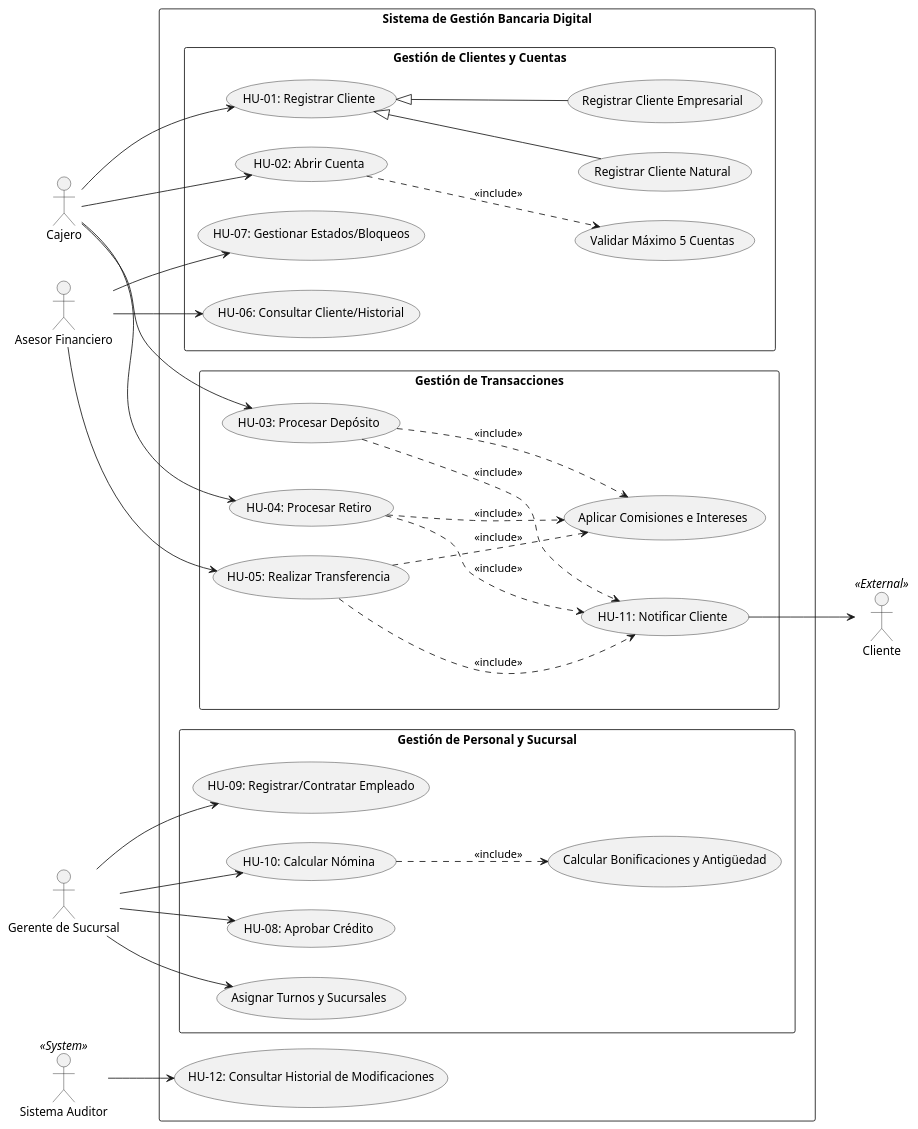
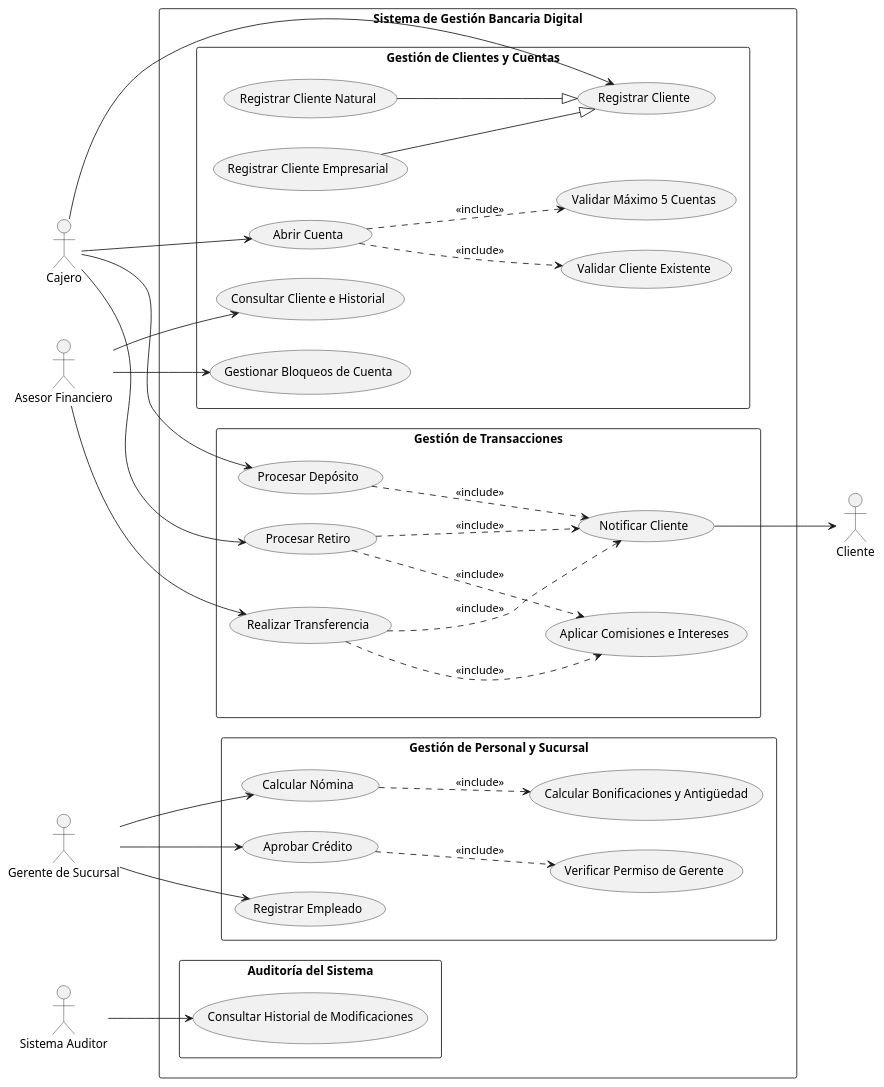
One commit to EmmanuelAlmario/TallerProgramacion changed the diagram in Diagrama-uc.puml. Above: the diagram before and after it, drawn with PlantUML.

Commit message:
Diagrama de casos de uso corregido y eliminado cosas innecesarias.

```diff
--- a/Diagrama-uc.puml
+++ b/Diagrama-uc.puml
@@ -1,74 +1,78 @@
 @startuml
 left to right direction
 skinparam packageStyle rectangle
 
 actor "Cajero" as cajero
 actor "Asesor Financiero" as asesor
 actor "Gerente de Sucursal" as gerente
-actor "Cliente" as cliente <<External>>
-actor "Sistema Auditor" as auditor <<System>>
+actor "Cliente" as cliente
+actor "Sistema Auditor" as auditor
 
 rectangle "Sistema de Gestión Bancaria Digital" {
-    
+
     package "Gestión de Clientes y Cuentas" {
-        (HU-01: Registrar Cliente) as UC1
+        (Registrar Cliente) as UC1
         (Registrar Cliente Natural) as UC1a
         (Registrar Cliente Empresarial) as UC1b
-        (HU-02: Abrir Cuenta) as UC2
-        (HU-06: Consultar Cliente/Historial) as UC6
-        (HU-07: Gestionar Estados/Bloqueos) as UC7
-        
-        UC1 <|-- UC1a
-        UC1 <|-- UC1b
+        (Abrir Cuenta) as UC2
+        (Consultar Cliente e Historial) as UC6
+        (Gestionar Bloqueos de Cuenta) as UC7
+
+        UC1a --|> UC1
+        UC1b --|> UC1
+
+        UC2 ..> (Validar Cliente Existente) : <<include>>
         UC2 ..> (Validar Máximo 5 Cuentas) : <<include>>
     }
 
     package "Gestión de Transacciones" {
-        (HU-03: Procesar Depósito) as UC3
-        (HU-04: Procesar Retiro) as UC4
-        (HU-05: Realizar Transferencia) as UC5
-        (HU-11: Notificar Cliente) as UC11
-        
+        (Procesar Depósito) as UC3
+        (Procesar Retiro) as UC4
+        (Realizar Transferencia) as UC5
+        (Notificar Cliente) as UC11
+
         (Aplicar Comisiones e Intereses) as UC_Comision
-        
-        UC3 ..> UC_Comision : <<include>>
+
         UC4 ..> UC_Comision : <<include>>
         UC5 ..> UC_Comision : <<include>>
-        
+
         UC3 ..> UC11 : <<include>>
         UC4 ..> UC11 : <<include>>
         UC5 ..> UC11 : <<include>>
     }
 
     package "Gestión de Personal y Sucursal" {
-        (HU-09: Registrar/Contratar Empleado) as UC9
-        (HU-10: Calcular Nómina) as UC10
-        (HU-08: Aprobar Crédito) as UC8
-        (Asignar Turnos y Sucursales) as UC_Turnos
-        
+        (Registrar Empleado) as UC9
+        (Calcular Nómina) as UC10
+        (Aprobar Crédito) as UC8
+
         (Calcular Bonificaciones y Antigüedad) as UC_Bonos
+        (Verificar Permiso de Gerente) as UC_Permiso
+
         UC10 ..> UC_Bonos : <<include>>
+        UC8  ..> UC_Permiso : <<include>>
     }
 
-    (HU-12: Consultar Historial de Modificaciones) as UC12
+    package "Auditoría del Sistema" {
+        (Consultar Historial de Modificaciones) as UC12
+    }
 }
 
 ' Relaciones de Actores
 cajero --> UC1
 cajero --> UC2
 cajero --> UC3
 cajero --> UC4
 
 asesor --> UC5
 asesor --> UC6
 asesor --> UC7
 
 gerente --> UC8
 gerente --> UC9
 gerente --> UC10
-gerente --> UC_Turnos
 
 UC11 --> cliente
 auditor --> UC12
 
 @enduml
```
